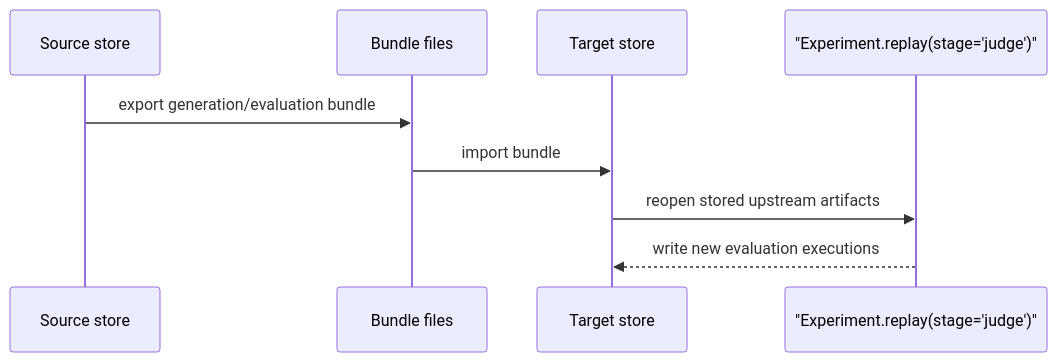
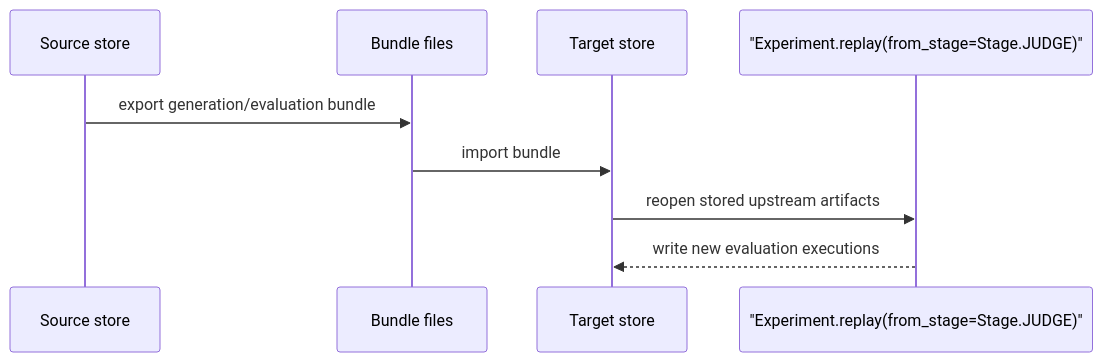
One commit to Pittawat2542/themis changed the diagram in docs/how-to/reproduce-and-rejudge-runs.md. Above: the diagram before and after it, drawn with Mermaid. The commit also changed other lines of this file and 55 other files, not shown here.

````diff
--- a/docs/how-to/reproduce-and-rejudge-runs.md
+++ b/docs/how-to/reproduce-and-rejudge-runs.md
@@ -20,11 +20,11 @@
 ```mermaid
 sequenceDiagram
     participant S as Source store
     participant B as Bundle files
     participant T as Target store
-    participant E as "Experiment.replay(stage='judge')"
+    participant E as "Experiment.replay(from_stage=Stage.JUDGE)"
     S->>B: export generation/evaluation bundle
     B->>T: import bundle
     T->>E: reopen stored upstream artifacts
     E-->>T: write new evaluation executions
 ```
````
